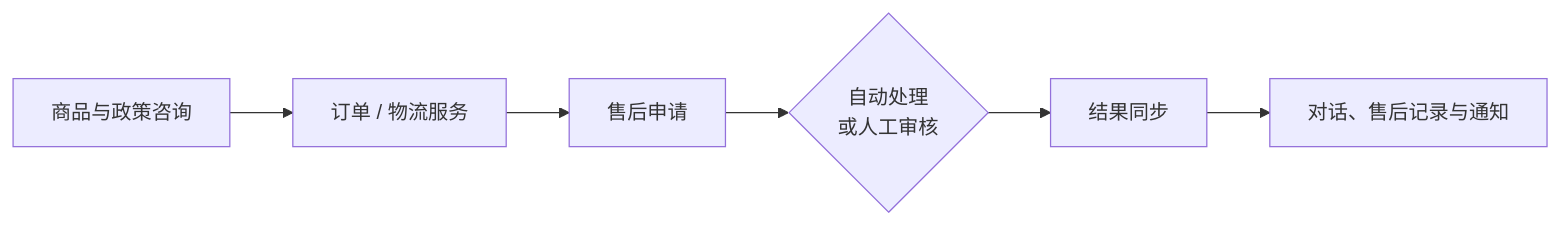
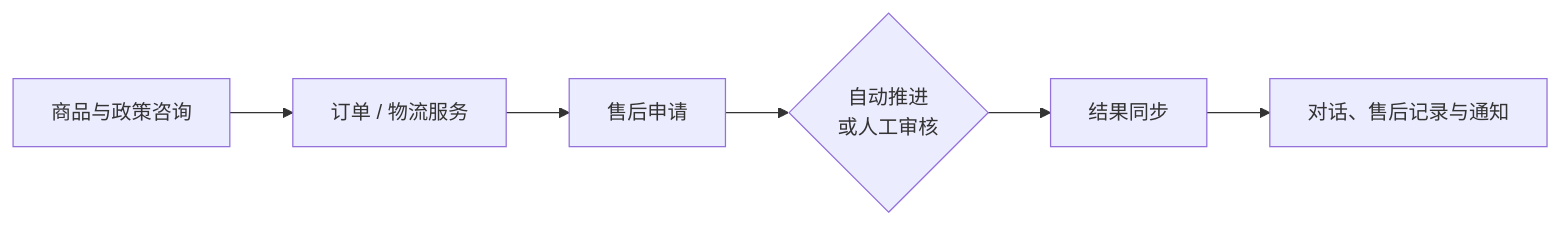
Before and after one commit to qrwuu/shopcare-ai-agent: the second of 2 diagrams in README.md, drawn with Mermaid. The commit also changed other lines of this file and 8 other files, not shown here.

````diff
--- a/README.md
+++ b/README.md
@@ -157,8 +155,8 @@
 ```mermaid
 flowchart LR
     A[商品与政策咨询] --> B[订单 / 物流服务]
     B --> C[售后申请]
-    C --> D{自动处理<br/>或人工审核}
+    C --> D{自动推进<br/>或人工审核}
     D --> E[结果同步]
     E --> F[对话、售后记录与通知]
 ```
````
